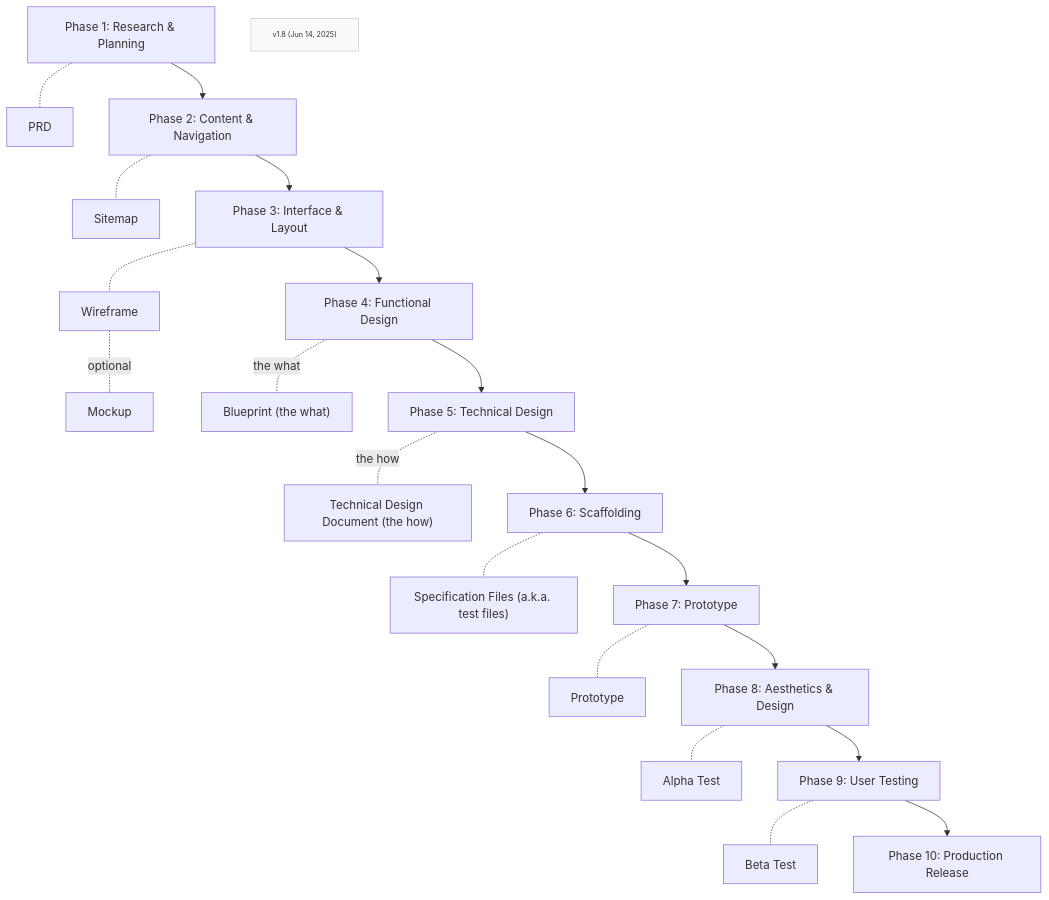
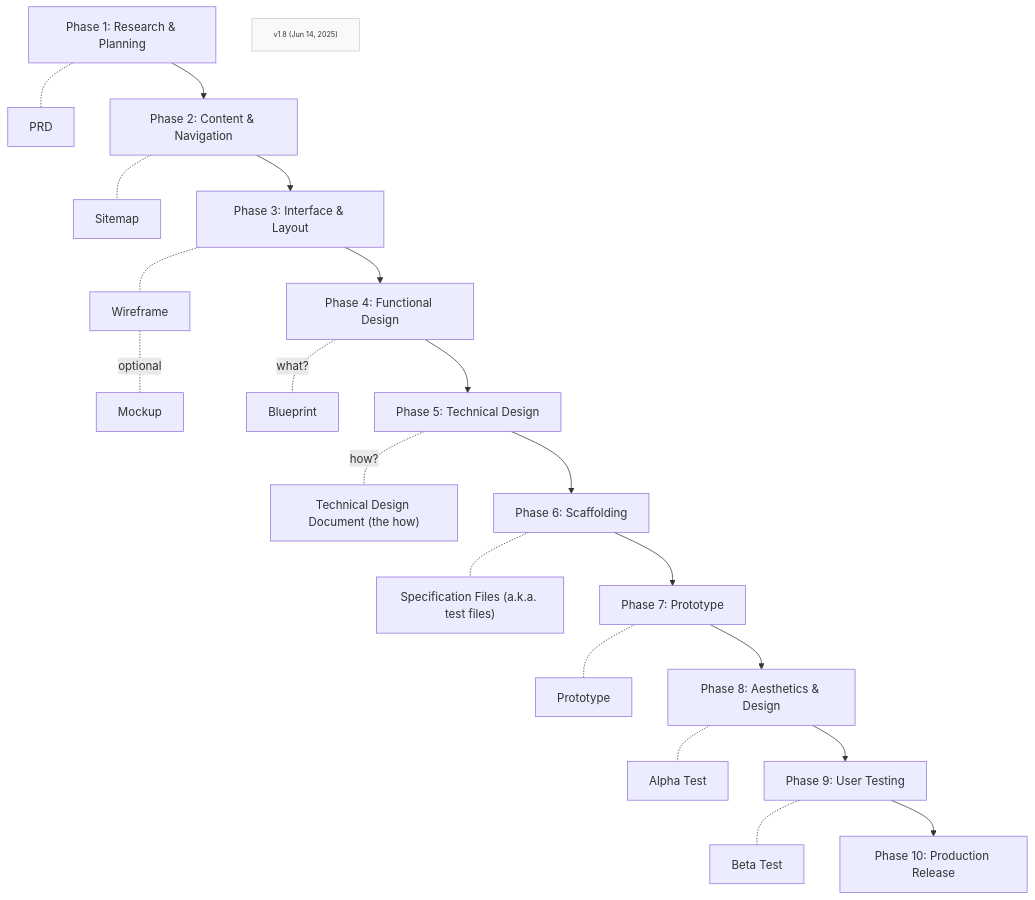
Before and after one commit to Mharbulous/Front-First-Method: the first of 2 diagrams in Phases/FF-overview.md, drawn with Mermaid.

````diff
--- a/Phases/FF-overview.md
+++ b/Phases/FF-overview.md
@@ -1,26 +1,26 @@
 ```mermaid
 graph TD
     Phase1["Phase 1: Research & Planning"] -.- PRD["PRD"]
     Phase1 --> Phase2["Phase 2: Content & Navigation"]
     Phase2 -.- Sitemap["Sitemap"]
     Phase2 --> Phase3["Phase 3: Interface & Layout"]
     Phase3 -.- Wireframe["Wireframe"]
     Wireframe -.- |optional|Mockup["Mockup"]
     Phase3 --> Phase4["Phase 4: Functional Design"]
-    Phase4 -.- |the what|Blueprint["Blueprint (the what)"]
+    Phase4 -.- |what?|Blueprint["Blueprint"]
     Phase4 --> Phase5["Phase 5: Technical Design"]
-    Phase5 -.- |the how|TechDesign["Technical Design Document (the how)"]
+    Phase5 -.- |how?|TechDesign["Technical Design Document (the how)"]
     Phase5 --> Phase6["Phase 6: Scaffolding"]
     Phase6 -.- Specs["Specification Files (a.k.a. test files)"]
     Phase6 --> Phase7["Phase 7: Prototype"]
     Phase7 -.- Prototype["Prototype"]
     Phase7 --> Phase8["Phase 8: Aesthetics & Design"]
     Phase8 -.- Alpha["Alpha Test"]
     Phase8 --> Phase9["Phase 9: User Testing"]
     Phase9 -.- Beta["Beta Test"]
     Phase9 --> Phase10["Phase 10: Production Release"]
 
     VersionInfo["v1.8 (Jun 14, 2025)"]
     classDef version fill:#f9f9f9,stroke:#ccc,font-size:10px;
     class VersionInfo version
 ```
````
